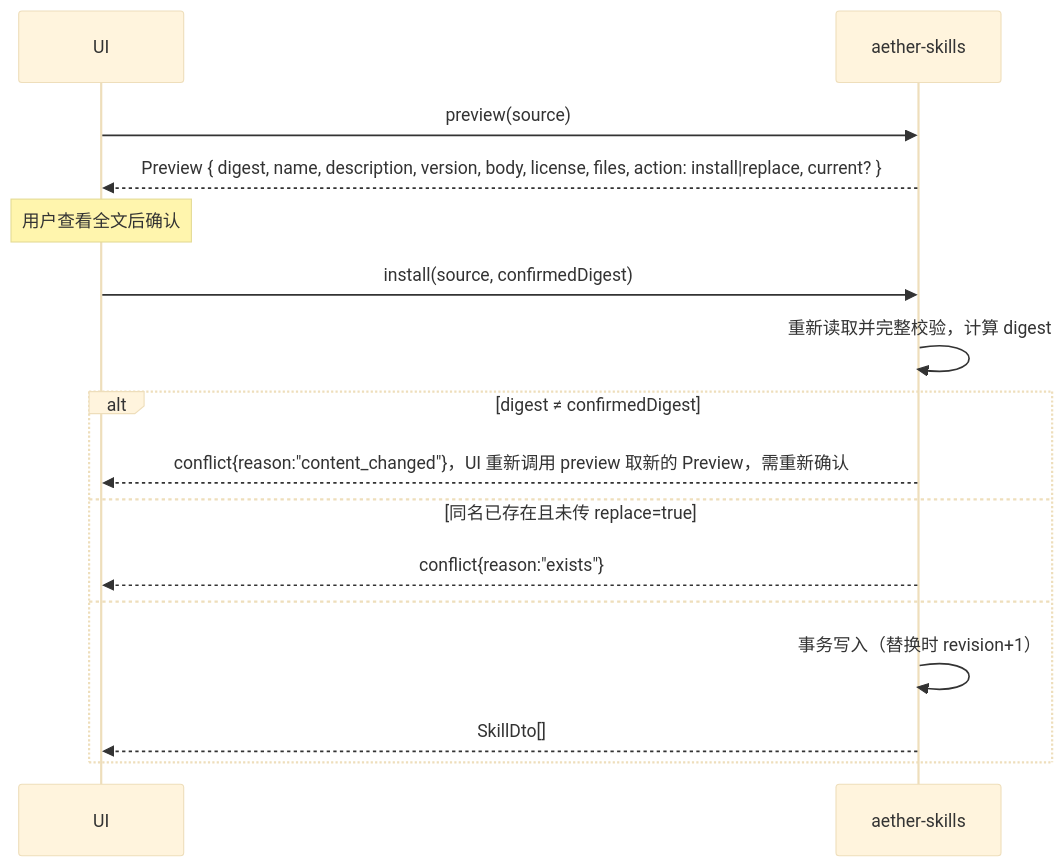
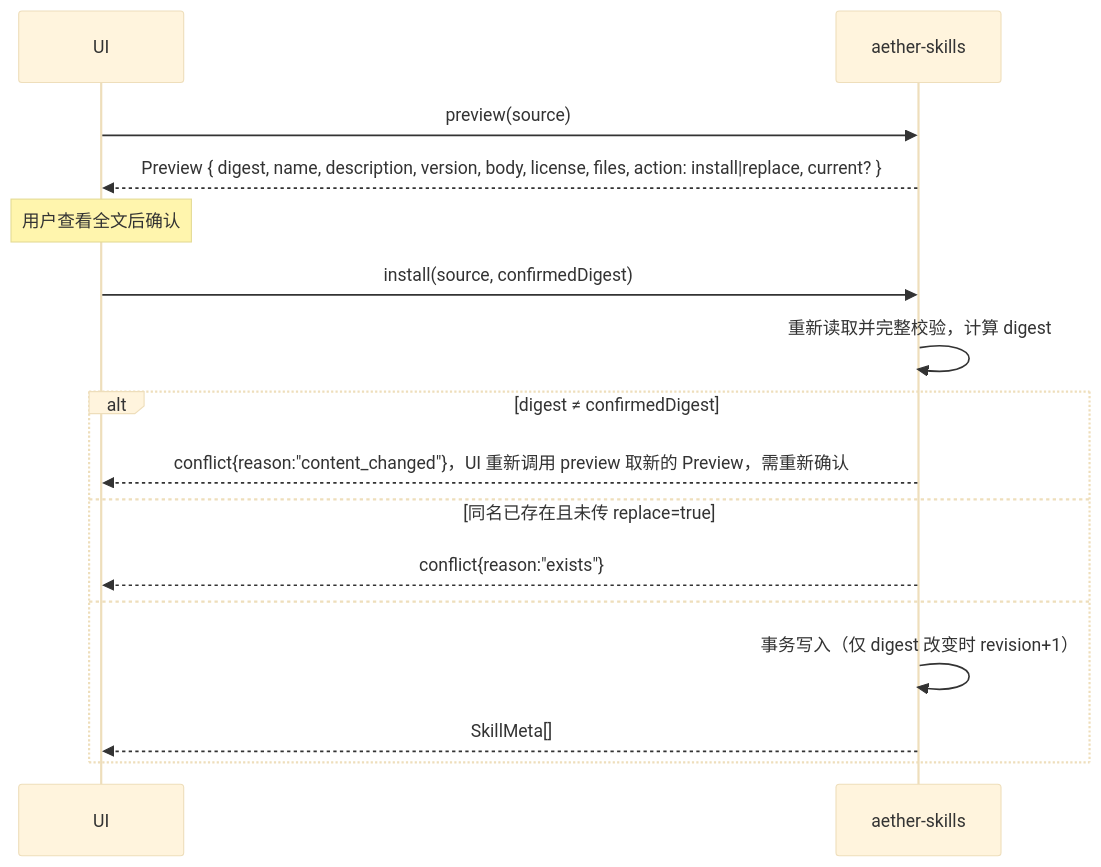
The second of 2 diagrams in docs/14-详细设计-kit-skills.md (ouraihub/Aether), drawn with Mermaid (base theme) before and after one commit. The commit also changed other lines of this file and 410 other files, not shown here.

````diff
--- a/docs/14-详细设计-kit-skills.md
+++ b/docs/14-详细设计-kit-skills.md
@@ -108,18 +158,18 @@
 ```mermaid
 sequenceDiagram
   participant UI
   participant S as aether-skills
   UI->>S: preview(source)
   S-->>UI: Preview { digest, name, description, version, body, license, files, action: install|replace, current? }
   Note over UI: 用户查看全文后确认
   UI->>S: install(source, confirmedDigest)
   S->>S: 重新读取并完整校验，计算 digest
   alt digest ≠ confirmedDigest
     S-->>UI: conflict{reason:"content_changed"}，UI 重新调用 preview 取新的 Preview，需重新确认
   else 同名已存在且未传 replace=true
     S-->>UI: conflict{reason:"exists"}
   else
-    S->>S: 事务写入（替换时 revision+1）
-    S-->>UI: SkillDto[]
+    S->>S: 事务写入（仅 digest 改变时 revision+1）
+    S-->>UI: SkillMeta[]
   end
 ```
````
